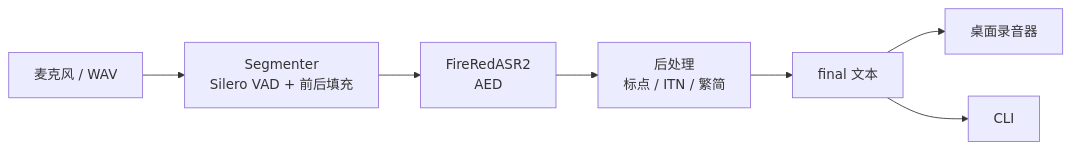
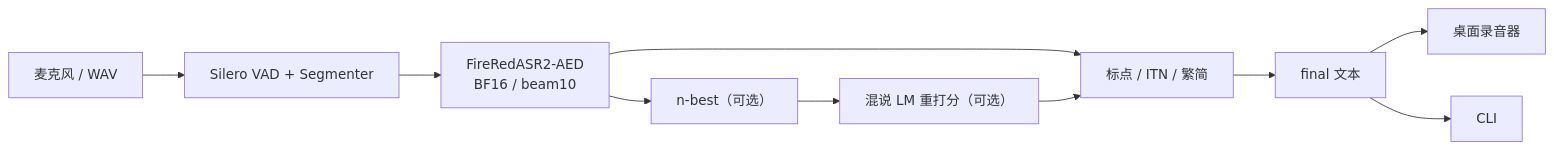
One commit to wonglaitung/FireRedASR2S changed the diagram in README.md. Above: the diagram before and after it, drawn with Mermaid. The commit also changed other lines of this file and 3 other files, not shown here.

````diff
--- a/README.md
+++ b/README.md
@@ -37,9 +45,12 @@
 ```mermaid
 flowchart LR
-    MIC["麦克风 / WAV"] --> SEG["Segmenter<br/>Silero VAD + 前后填充"]
-    SEG --> ASR["FireRedASR2<br/>AED"]
-    ASR --> POST["后处理<br/>标点 / ITN / 繁简"]
+    MIC["麦克风 / WAV"] --> VAD["Silero VAD + Segmenter"]
+    VAD --> AED["FireRedASR2-AED<br/>BF16 / beam10"]
+    AED --> NB["n-best（可选）"]
+    NB --> LM["混说 LM 重打分（可选）"]
+    AED --> POST["标点 / ITN / 繁简"]
+    LM --> POST
     POST --> OUT["final 文本"]
     OUT --> REC["桌面录音器"]
     OUT --> CLI["CLI"]
 ```
````
